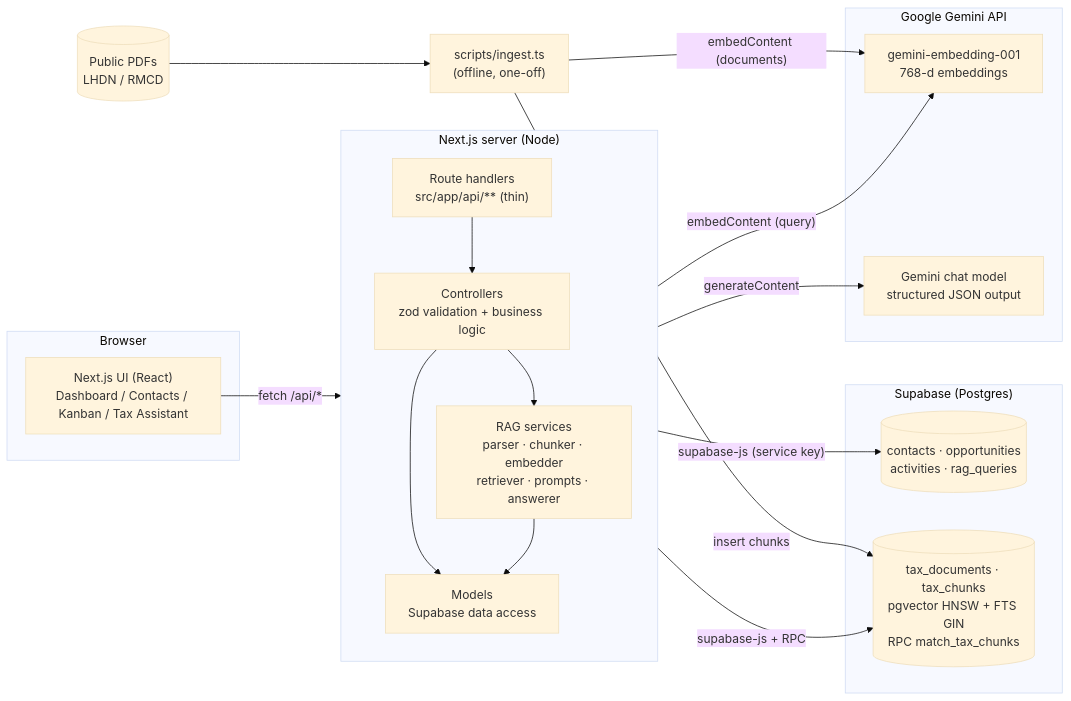
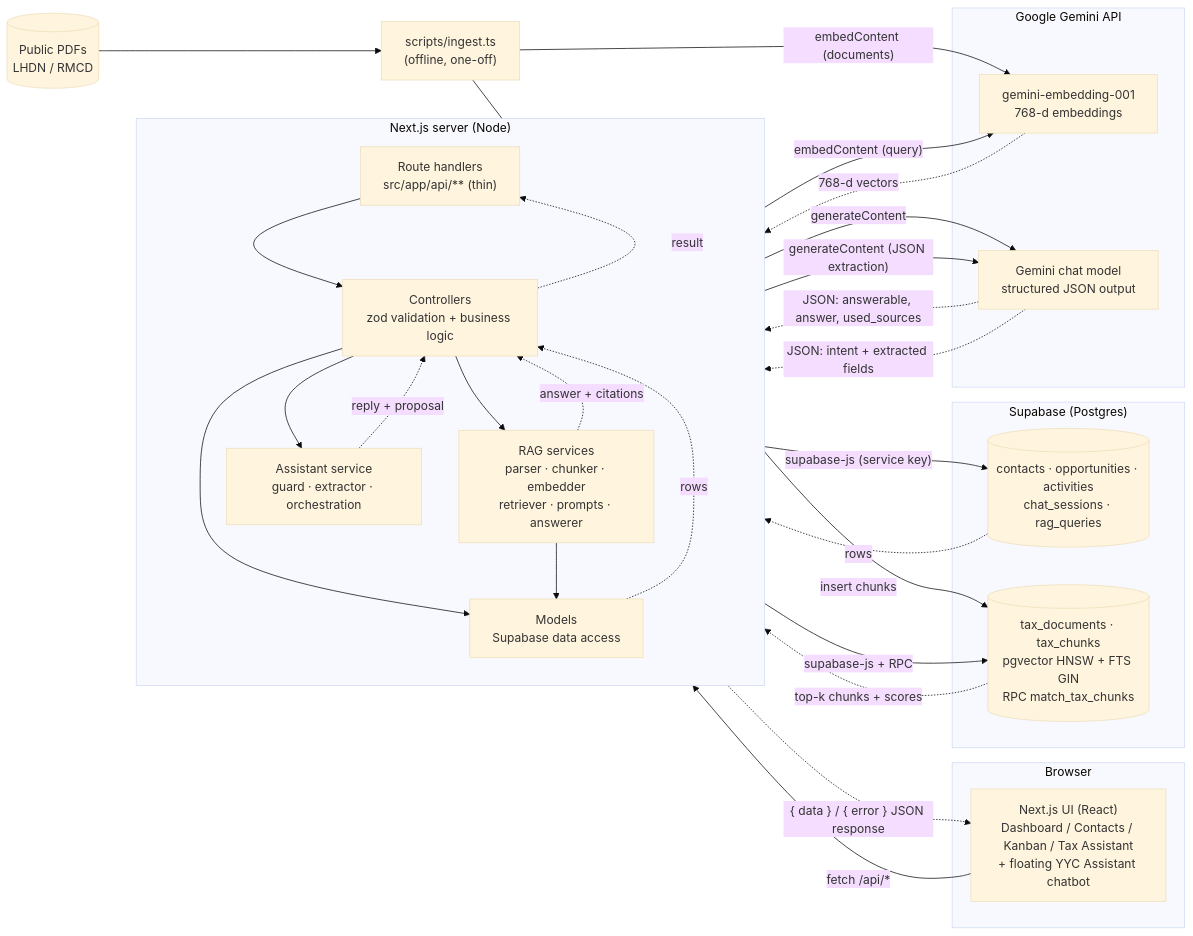
Before and after one commit to Aidenthien/YYC-CRM-Assessment: the first of 2 diagrams in ARCHITECTURE.md, drawn with Mermaid (base theme). The commit also changed other lines of this file and 31 other files, not shown here.

Commit message:
feat: added tax assistant history, added automation chatbot, added prompt injection defence

````diff
--- a/ARCHITECTURE.md
+++ b/ARCHITECTURE.md
@@ -9,40 +9,54 @@
 ```mermaid
 flowchart LR
   subgraph Browser
-    UI["Next.js UI (React)\nDashboard / Contacts / Kanban / Tax Assistant"]
+    UI["Next.js UI (React)\nDashboard / Contacts / Kanban / Tax Assistant\n+ floating YYC Assistant chatbot"]
   end
 
   subgraph Next["Next.js server (Node)"]
     direction TB
     R["Route handlers\nsrc/app/api/**  (thin)"]
     C["Controllers\nzod validation + business logic"]
     M["Models\nSupabase data access"]
     S["RAG services\nparser · chunker · embedder\nretriever · prompts · answerer"]
+    A["Assistant service\nguard · extractor · orchestration"]
     R --> C
     C --> M
     C --> S
+    C --> A
     S --> M
+    M -.->|rows| C
+    S -.->|answer + citations| C
+    A -.->|reply + proposal| C
+    C -.->|result| R
   end
 
   subgraph Supabase["Supabase (Postgres)"]
-    CRM[("contacts · opportunities\nactivities · rag_queries")]
+    CRM[("contacts · opportunities · activities\nchat_sessions · rag_queries")]
     VEC[("tax_documents · tax_chunks\npgvector HNSW + FTS GIN\nRPC match_tax_chunks")]
   end
 
   subgraph Google["Google Gemini API"]
     EMB["gemini-embedding-001\n768-d embeddings"]
     LLM["Gemini chat model\nstructured JSON output"]
   end
 
   PDF[("Public PDFs\nLHDN / RMCD")]
   ING["scripts/ingest.ts\n(offline, one-off)"]
 
   UI -- "fetch /api/*" --> R
   M -- "supabase-js (service key)" --> CRM
   M -- "supabase-js + RPC" --> VEC
   S -- "embedContent (query)" --> EMB
   S -- "generateContent" --> LLM
+  A -- "generateContent (JSON extraction)" --> LLM
+  CRM -. "rows" .-> M
+  VEC -. "top-k chunks + scores" .-> M
+  EMB -. "768-d vectors" .-> S
+  LLM -. "JSON: answerable, answer, used_sources" .-> S
+  LLM -. "JSON: intent + extracted fields" .-> A
+  R -. "{ data } / { error } JSON response" .-> UI
   PDF --> ING
   ING -- "embedContent (documents)" --> EMB
   ING -- "insert chunks" --> VEC
+
 ```
````
